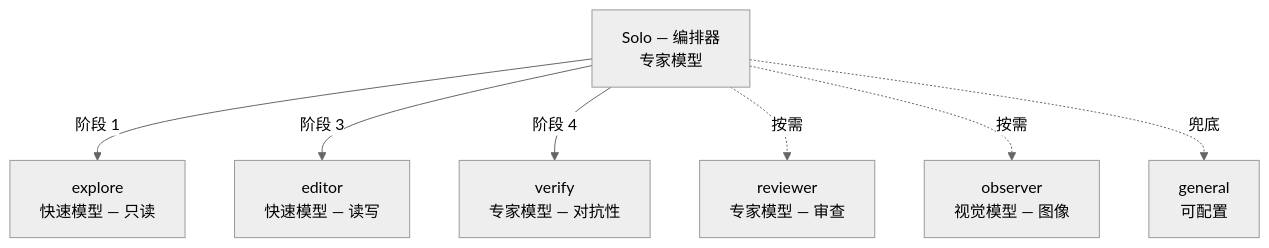
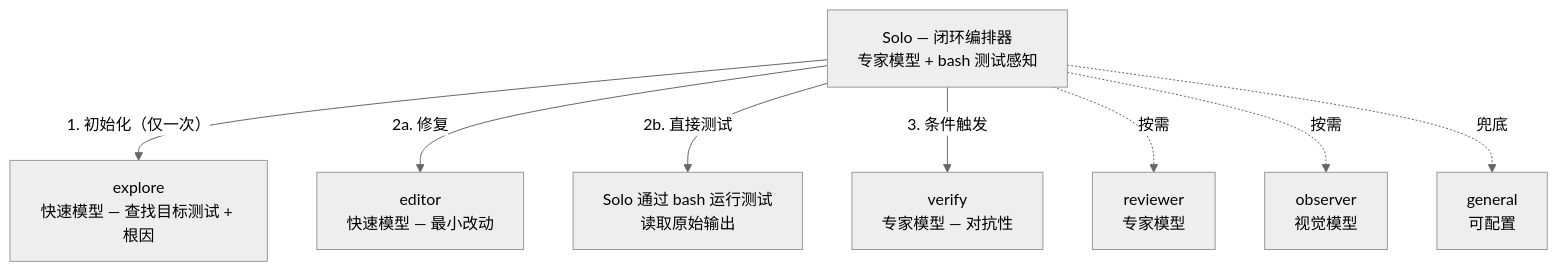
The first of 2 diagrams in README.zh-CN.md (Dqz00116/opencode-solo), drawn with Mermaid (neutral theme) before and after one commit. The commit also changed other lines of this file and 6 other files, not shown here.

First line of the commit message:
v2.0: closed-loop architecture with SWE-bench validation

````diff
--- a/README.zh-CN.md
+++ b/README.zh-CN.md
@@ -27,10 +28,11 @@
 ```mermaid
 graph TB
-    Solo["Solo — 编排器<br/>专家模型"]
-    Solo -->|"阶段 1"| Explore["explore<br/>快速模型 — 只读"]
-    Solo -->|"阶段 3"| Editor["editor<br/>快速模型 — 读写"]
-    Solo -->|"阶段 4"| Verify["verify<br/>专家模型 — 对抗性"]
-    Solo -.->|"按需"| Reviewer["reviewer<br/>专家模型 — 审查"]
-    Solo -.->|"按需"| Observer["observer<br/>视觉模型 — 图像"]
+    Solo["Solo — 闭环编排器<br/>专家模型 + bash 测试感知"]
+    Solo -->|"1. 初始化（仅一次）"| Explore["explore<br/>快速模型 — 查找目标测试 + 根因"]
+    Solo -->|"2a. 修复"| Editor["editor<br/>快速模型 — 最小改动"]
+    Solo -->|"2b. 直接测试"| Tests["Solo 通过 bash 运行测试<br/>读取原始输出"]
+    Solo -->|"3. 条件触发"| Verify["verify<br/>专家模型 — 对抗性"]
+    Solo -.->|"按需"| Reviewer["reviewer<br/>专家模型"]
+    Solo -.->|"按需"| Observer["observer<br/>视觉模型"]
     Solo -.->|"兜底"| General["general<br/>可配置"]
 ```
````
